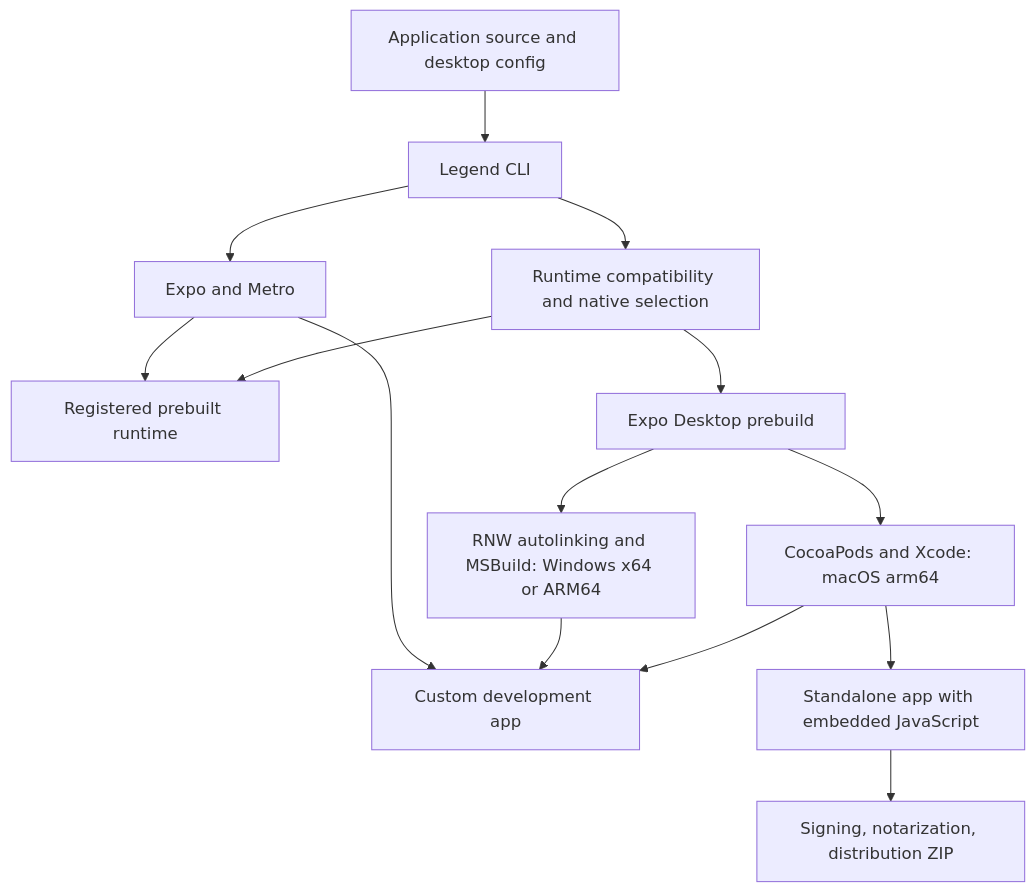
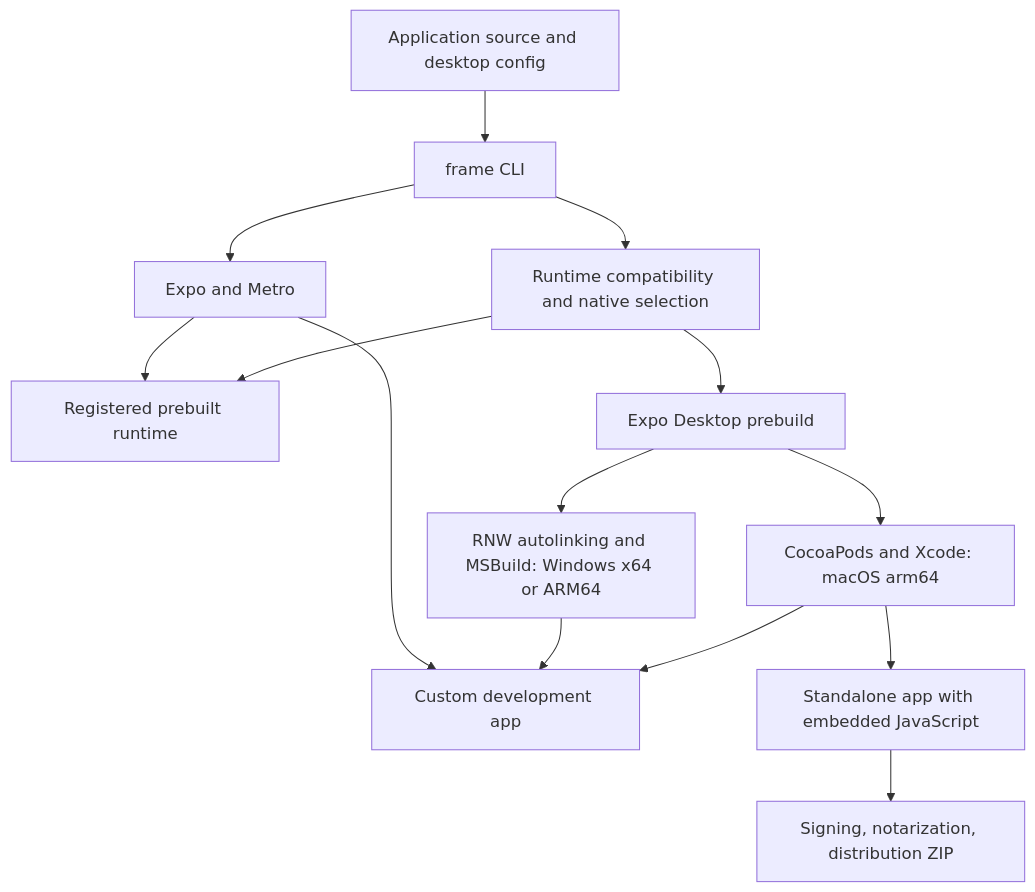
One commit to LegendApp/legend-frame changed the diagram in ARCHITECTURE.md. Above: the diagram before and after it, drawn with Mermaid. The commit also changed other lines of this file and 45 other files, not shown here.

Commit message:
docs: document Legend Frame naming and prototype migration

````diff
--- a/ARCHITECTURE.md
+++ b/ARCHITECTURE.md
@@ -20,16 +20,16 @@
 ```mermaid
 flowchart TD
-  App[Application source and desktop config] --> CLI[Legend CLI]
+  App[Application source and desktop config] --> CLI[frame CLI]
   CLI --> Metro[Expo and Metro]
   CLI --> Check[Runtime compatibility and native selection]
   Check --> prebuilt[Registered prebuilt runtime]
   Check --> Build[Expo Desktop prebuild]
   Build --> Mac[CocoaPods and Xcode: macOS arm64]
   Build --> Win[RNW autolinking and MSBuild: Windows x64 or ARM64]
   Mac --> Dev[Custom development app]
   Win --> Dev
   Mac --> Release[Standalone app with embedded JavaScript]
   Metro --> prebuilt
   Metro --> Dev
   Release --> Package[Signing, notarization, distribution ZIP]
 ```
````
